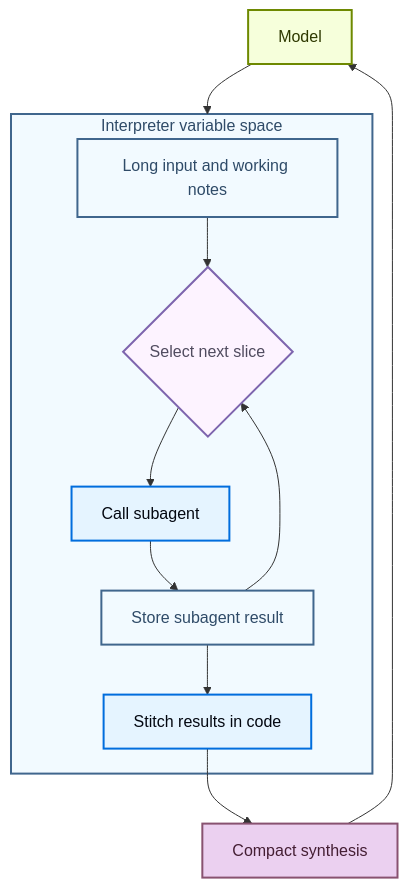
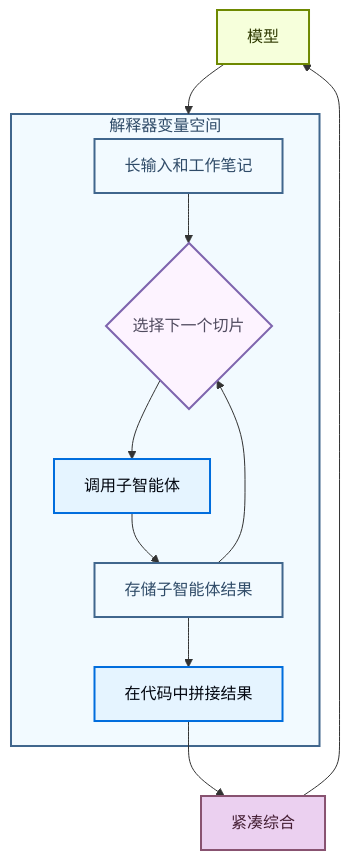
The second of 2 diagrams in oss/javascript/deepagents/interpreters.mdx (CodeFly16/langchain-cn-doc), drawn with Mermaid before and after one commit. The commit also changed other lines of this file and 106 other files, not shown here.

````diff
--- a/oss/javascript/deepagents/interpreters.mdx
+++ b/oss/javascript/deepagents/interpreters.mdx
@@ -211,33 +211,33 @@
 ```mermaid
 flowchart TB
-    Model[Model] --> Runtime[Interpreter variable space]
+    Model[模型] --> Runtime[解释器变量空间]
 
-    subgraph Runtime[Interpreter variable space]
-        Data[Long input and working notes]
-        Select{Select next slice}
-        Task[Call subagent]
-        Store[Store subagent result]
-        Stitch[Stitch results in code]
+    subgraph Runtime[解释器变量空间]
+        Data[长输入和工作笔记]
+        Select{选择下一个切片}
+        Task[调用子智能体]
+        Store[存储子智能体结果]
+        Stitch[在代码中拼接结果]
 
         Data --> Select
         Select --> Task
         Task --> Store
         Store --> Select
         Store --> Stitch
     end
 
-    Stitch --> Answer[Compact synthesis]
+    Stitch --> Answer[紧凑综合]
     Answer --> Model
 
     classDef trigger fill:#F6FFDB,stroke:#6E8900,stroke-width:2px,color:#2E3900
     classDef process fill:#E5F4FF,stroke:#006DDD,stroke-width:2px,color:#030710
     classDef decision fill:#FDF3FF,stroke:#7E65AE,stroke-width:2px,color:#504B5F
     classDef output fill:#EBD0F0,stroke:#885270,stroke-width:2px,color:#441E33
     classDef neutral fill:#F2FAFF,stroke:#40668D,stroke-width:2px,color:#2F4B68
 
     class Model trigger
     class Runtime,Data,Store neutral
     class Select decision
     class Task,Stitch process
     class Answer output
 ```
````
